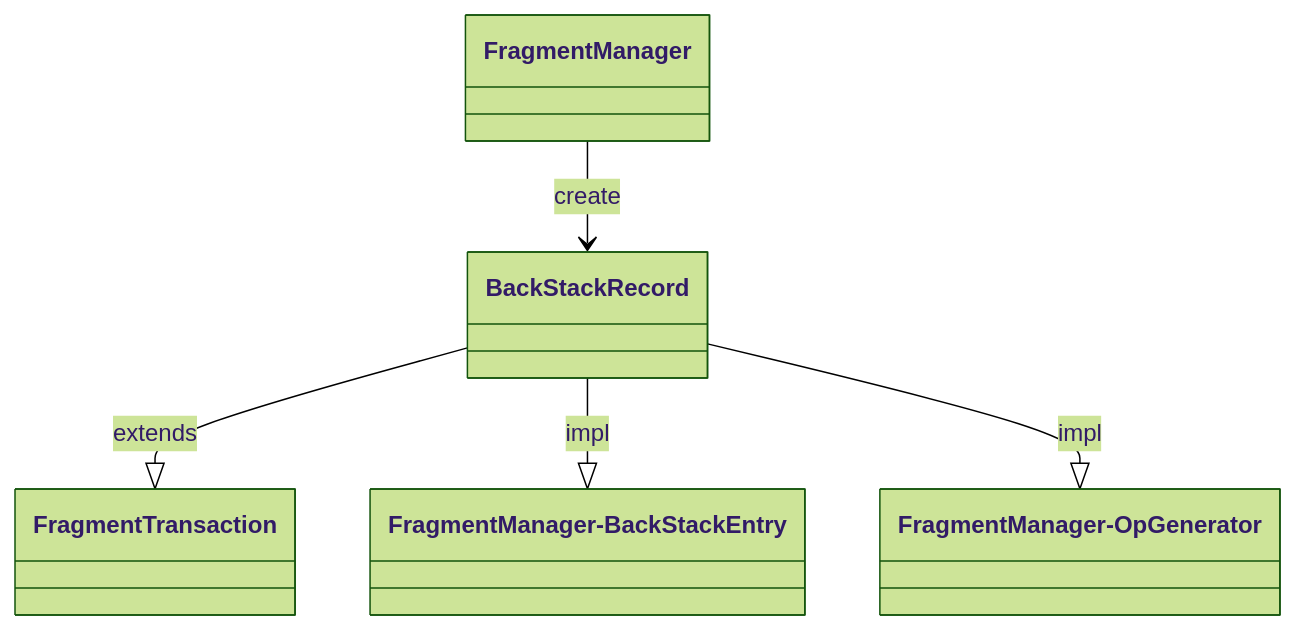
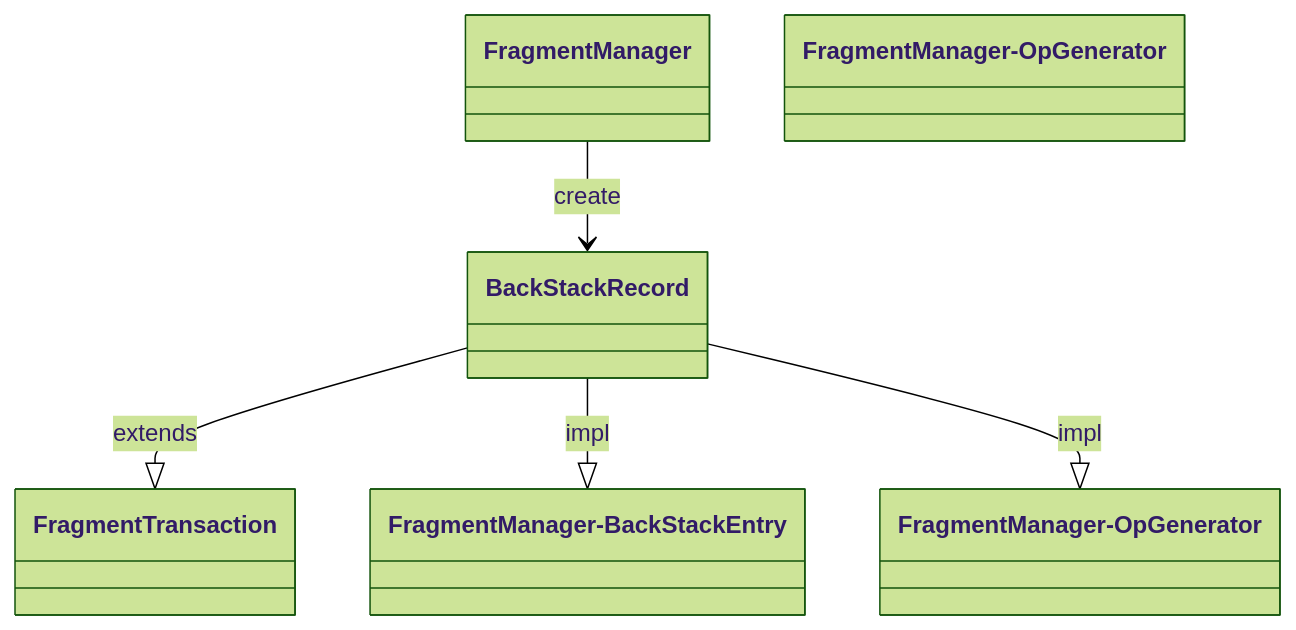
One commit to swithun-liu/swithun-liu.github.io changed diagram 21 of 35 in source/_posts/Android/Fragment原理.md. Above: the diagram before and after it, drawn with Mermaid (forest theme). The commit also changed other lines of this file and 2 other files, not shown here.

````diff
--- a/source/_posts/Android/Fragment原理.md
+++ b/source/_posts/Android/Fragment原理.md
@@ -1360,13 +1360,13 @@
     ```mermaid
     classDiagram
     class FragmentTransaction
     class BackStackRecord
     class FragmentManager
-    class FragmentManager-BackStackEntry
-    class FragmentManager-OpGenerator
+    class `FragmentManager-BackStackEntry`
+    class `FragmentManager-OpGenerator`
 
     BackStackRecord --|> FragmentTransaction: extends
-    BackStackRecord --|> FragmentManager-BackStackEntry: impl
-    BackStackRecord --|> FragmentManager-OpGenerator: impl
+    BackStackRecord --|> `FragmentManager-BackStackEntry`: impl
+    BackStackRecord --|>` FragmentManager-OpGenerator`: impl
     FragmentManager --> BackStackRecord: create
     ```
````
